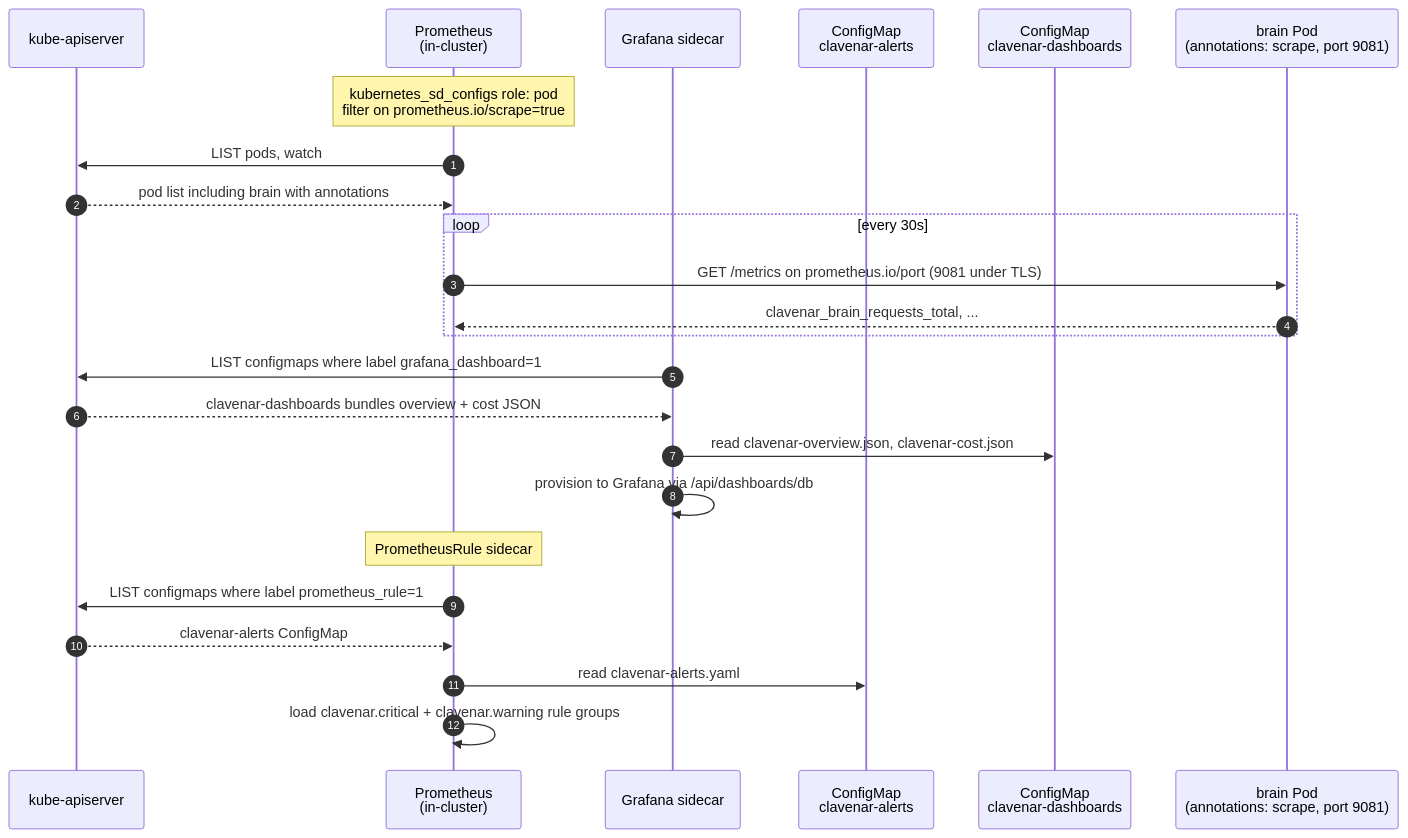
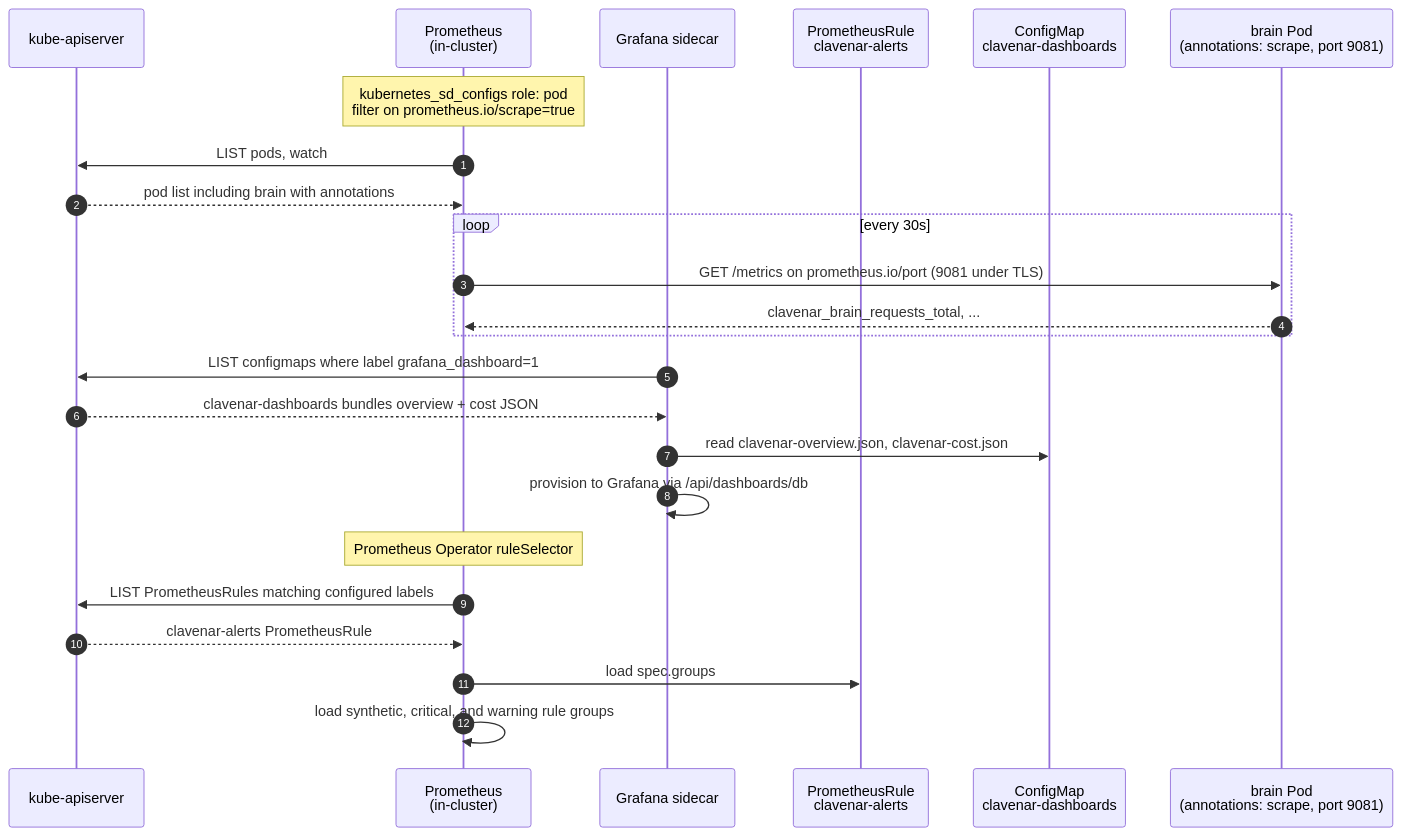
One commit to clavenar/clavenar-charts changed the fourth of 8 diagrams in docs/SEQUENCES.md. Above: the diagram before and after it, drawn with Mermaid. The commit also changed other lines of this file and 10 other files, not shown here.

````diff
--- a/docs/SEQUENCES.md
+++ b/docs/SEQUENCES.md
@@ -153,29 +153,29 @@
 ```mermaid
 sequenceDiagram
     autonumber
     participant API as kube-apiserver
     participant Prom as Prometheus<br/>(in-cluster)
     participant Sidecar as Grafana sidecar
-    participant CM1 as ConfigMap<br/>clavenar-alerts
+    participant Rule as PrometheusRule<br/>clavenar-alerts
     participant CM2 as ConfigMap<br/>clavenar-dashboards
     participant Pod as brain Pod<br/>(annotations: scrape, port 9081)
 
     Note over Prom: kubernetes_sd_configs role: pod<br/>filter on prometheus.io/scrape=true
     Prom->>API: LIST pods, watch
     API-->>Prom: pod list including brain with annotations
     loop every 30s
         Prom->>Pod: GET /metrics on prometheus.io/port (9081 under TLS)
         Pod-->>Prom: clavenar_brain_requests_total, ...
     end
 
     Sidecar->>API: LIST configmaps where label grafana_dashboard=1
     API-->>Sidecar: clavenar-dashboards bundles overview + cost JSON
     Sidecar->>CM2: read clavenar-overview.json, clavenar-cost.json
     Sidecar->>Sidecar: provision to Grafana via /api/dashboards/db
 
-    Note over Prom: PrometheusRule sidecar
-    Prom->>API: LIST configmaps where label prometheus_rule=1
-    API-->>Prom: clavenar-alerts ConfigMap
-    Prom->>CM1: read clavenar-alerts.yaml
-    Prom->>Prom: load clavenar.critical + clavenar.warning rule groups
+    Note over Prom: Prometheus Operator ruleSelector
+    Prom->>API: LIST PrometheusRules matching configured labels
+    API-->>Prom: clavenar-alerts PrometheusRule
+    Prom->>Rule: load spec.groups
+    Prom->>Prom: load synthetic, critical, and warning rule groups
 ```
````
